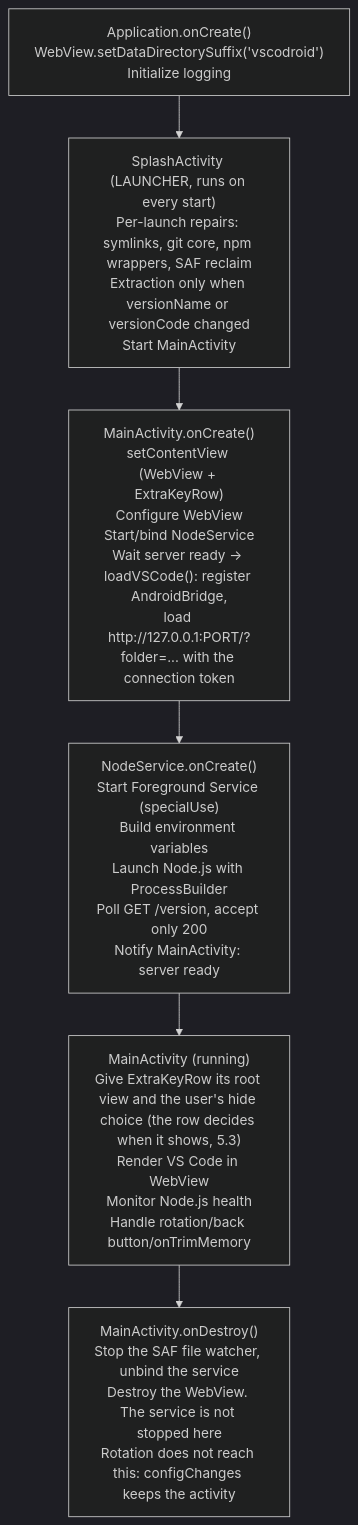
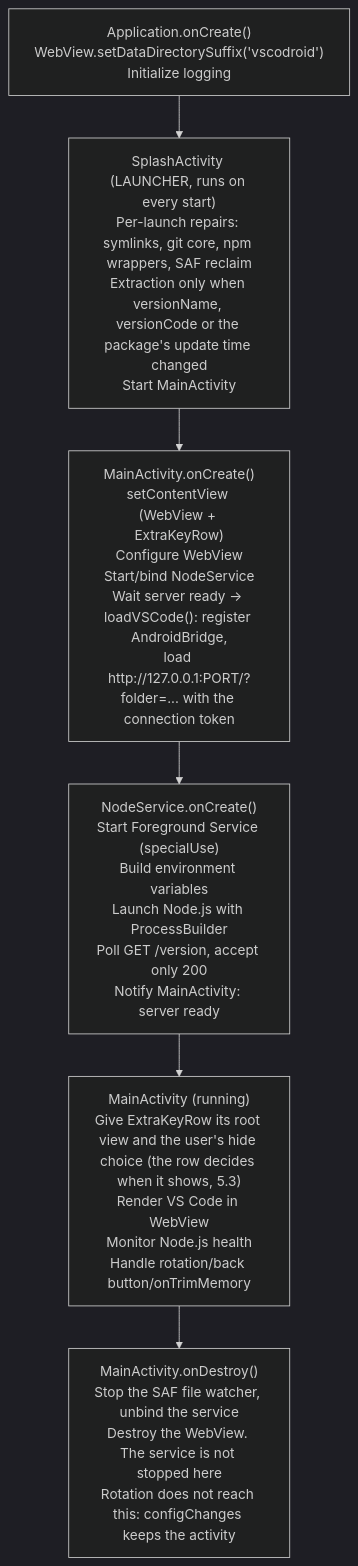
One commit to rmyndharis/VSCodroid changed the third of 5 diagrams in docs/04-TECHNICAL_SPEC.md. Above: the diagram before and after it, drawn with Mermaid (dark theme). The commit also changed other lines of this file and 114 other files, not shown here.

````diff
--- a/docs/04-TECHNICAL_SPEC.md
+++ b/docs/04-TECHNICAL_SPEC.md
@@ -361,8 +361,8 @@
 ```mermaid
 flowchart TD
-  A["Application.onCreate()<br/>WebView.setDataDirectorySuffix('vscodroid')<br/>Initialize logging"] --> B["SplashActivity (LAUNCHER, runs on every start)<br/>Per-launch repairs: symlinks, git core, npm wrappers, SAF reclaim<br/>Extraction only when versionName or versionCode changed<br/>Start MainActivity"]
+  A["Application.onCreate()<br/>WebView.setDataDirectorySuffix('vscodroid')<br/>Initialize logging"] --> B["SplashActivity (LAUNCHER, runs on every start)<br/>Per-launch repairs: symlinks, git core, npm wrappers, SAF reclaim<br/>Extraction only when versionName, versionCode or the package's update time changed<br/>Start MainActivity"]
   B --> C["MainActivity.onCreate()<br/>setContentView (WebView + ExtraKeyRow)<br/>Configure WebView<br/>Start/bind NodeService<br/>Wait server ready -> loadVSCode(): register AndroidBridge,<br/>load http://127.0.0.1:PORT/?folder=... with the connection token"]
   C --> D["NodeService.onCreate()<br/>Start Foreground Service (specialUse)<br/>Build environment variables<br/>Launch Node.js with ProcessBuilder<br/>Poll GET /version, accept only 200<br/>Notify MainActivity: server ready"]
   D --> E["MainActivity (running)<br/>Give ExtraKeyRow its root view and the user's hide choice (the row decides when it shows, 5.3)<br/>Render VS Code in WebView<br/>Monitor Node.js health<br/>Handle rotation/back button/onTrimMemory"]
   E --> F["MainActivity.onDestroy()<br/>Stop the SAF file watcher, unbind the service<br/>Destroy the WebView. The service is not stopped here<br/>Rotation does not reach this: configChanges keeps the activity"]
 ```
````
